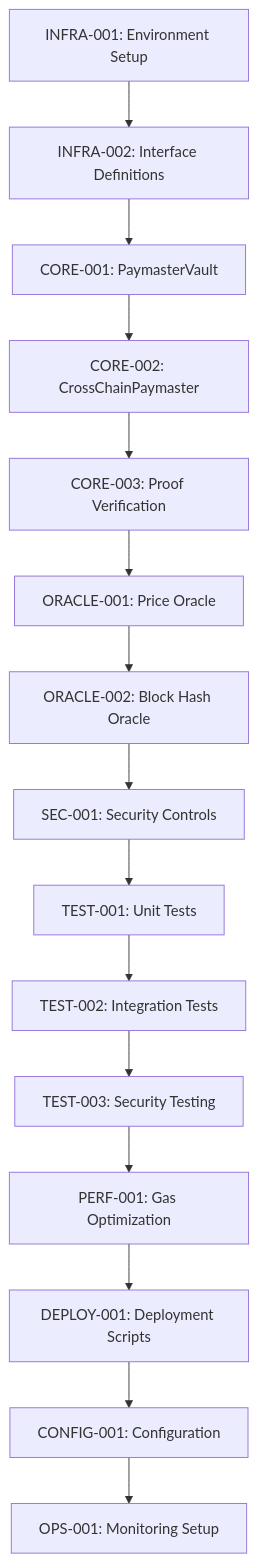
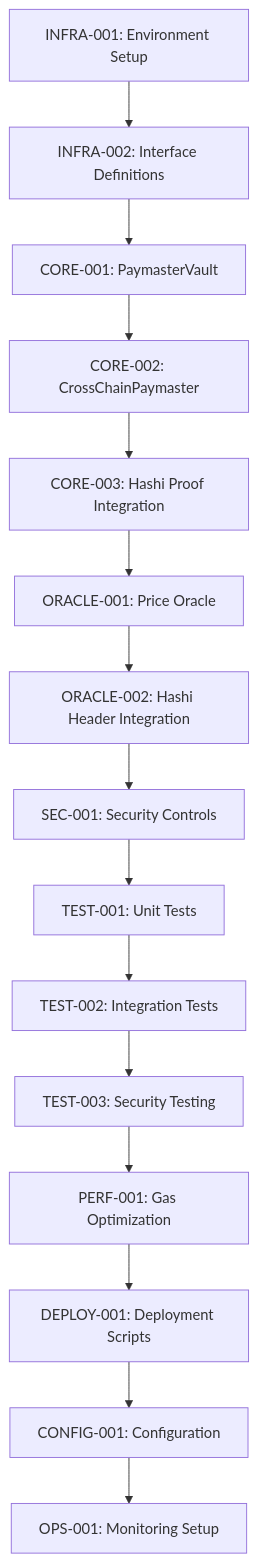
One commit to rube-de/rofl-paymaster changed the diagram in contracts/docs/tasks.md. Above: the diagram before and after it, drawn with Mermaid. The commit also changed other lines of this file, not shown here.

````diff
--- a/contracts/docs/tasks.md
+++ b/contracts/docs/tasks.md
@@ -799,17 +814,17 @@
 ```mermaid
 graph TD
     A[INFRA-001: Environment Setup] --> B[INFRA-002: Interface Definitions]
     B --> C[CORE-001: PaymasterVault]
     C --> D[CORE-002: CrossChainPaymaster]
-    D --> E[CORE-003: Proof Verification]
+    D --> E[CORE-003: Hashi Proof Integration]
     E --> F[ORACLE-001: Price Oracle]
-    F --> G[ORACLE-002: Block Hash Oracle]
+    F --> G[ORACLE-002: Hashi Header Integration]
     G --> H[SEC-001: Security Controls]
     H --> I[TEST-001: Unit Tests]
     I --> J[TEST-002: Integration Tests]
     J --> K[TEST-003: Security Testing]
     K --> L[PERF-001: Gas Optimization]
     L --> M[DEPLOY-001: Deployment Scripts]
     M --> N[CONFIG-001: Configuration]
     N --> O[OPS-001: Monitoring Setup]
 ```
````
